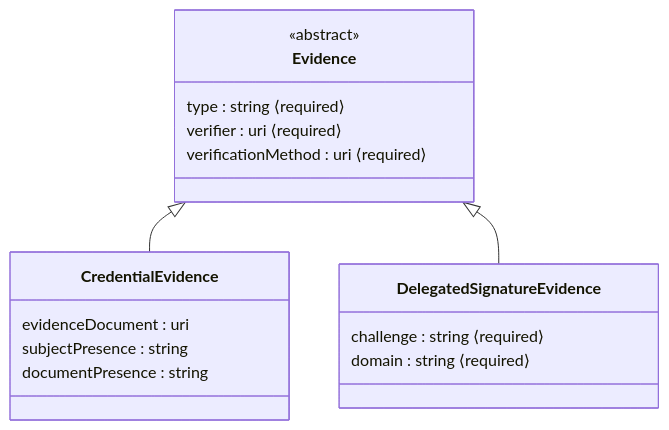
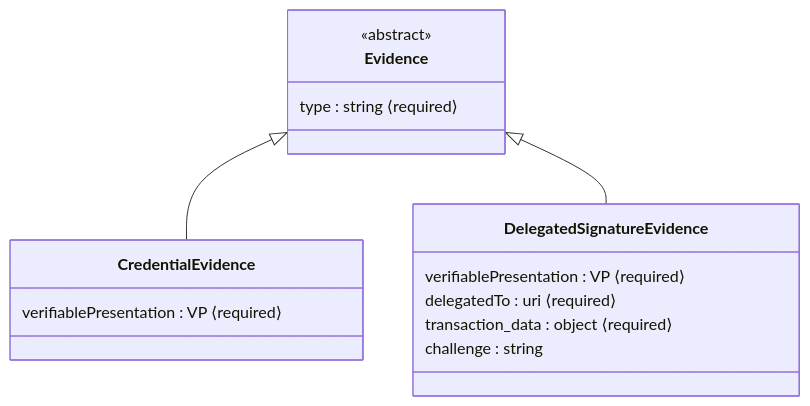
The third of 8 diagrams in docs/schema/credential-model.md (reachhaven/harbour-credentials), drawn with Mermaid before and after one commit. The commit also changed other lines of this file and 48 other files, not shown here.

First line of the commit message:
feat(linkml): Gaia-X compliance model, delegation schema, spec references

````diff
--- a/docs/schema/credential-model.md
+++ b/docs/schema/credential-model.md
@@ -107,23 +120,21 @@
 ```mermaid
 classDiagram
     class Evidence {
         <<abstract>>
         type : string ⟨required⟩
-        verifier : uri ⟨required⟩
-        verificationMethod : uri ⟨required⟩
     }
 
     class CredentialEvidence {
-        evidenceDocument : uri
-        subjectPresence : string
-        documentPresence : string
+        verifiablePresentation : VP ⟨required⟩
     }
 
     class DelegatedSignatureEvidence {
-        challenge : string ⟨required⟩
-        domain : string ⟨required⟩
+        verifiablePresentation : VP ⟨required⟩
+        delegatedTo : uri ⟨required⟩
+        transaction_data : object ⟨required⟩
+        challenge : string
     }
 
     Evidence <|-- CredentialEvidence
     Evidence <|-- DelegatedSignatureEvidence
 ```
````
